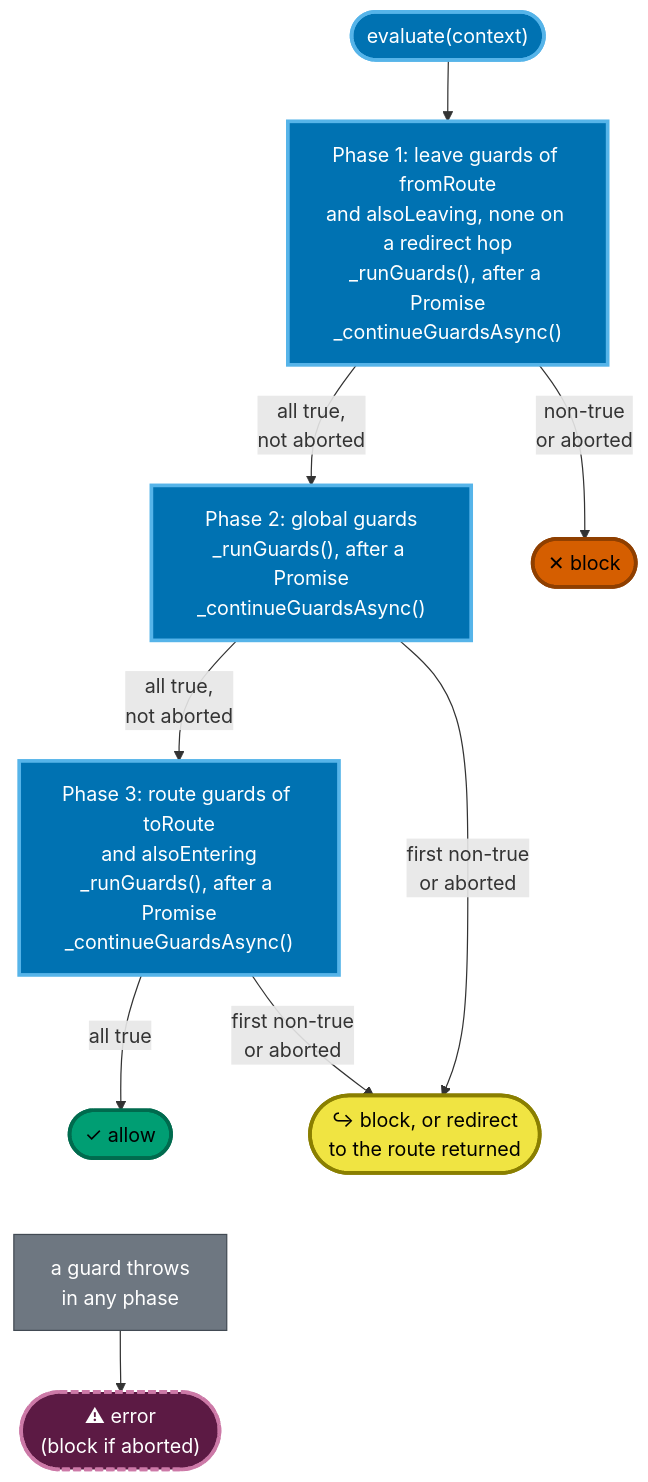
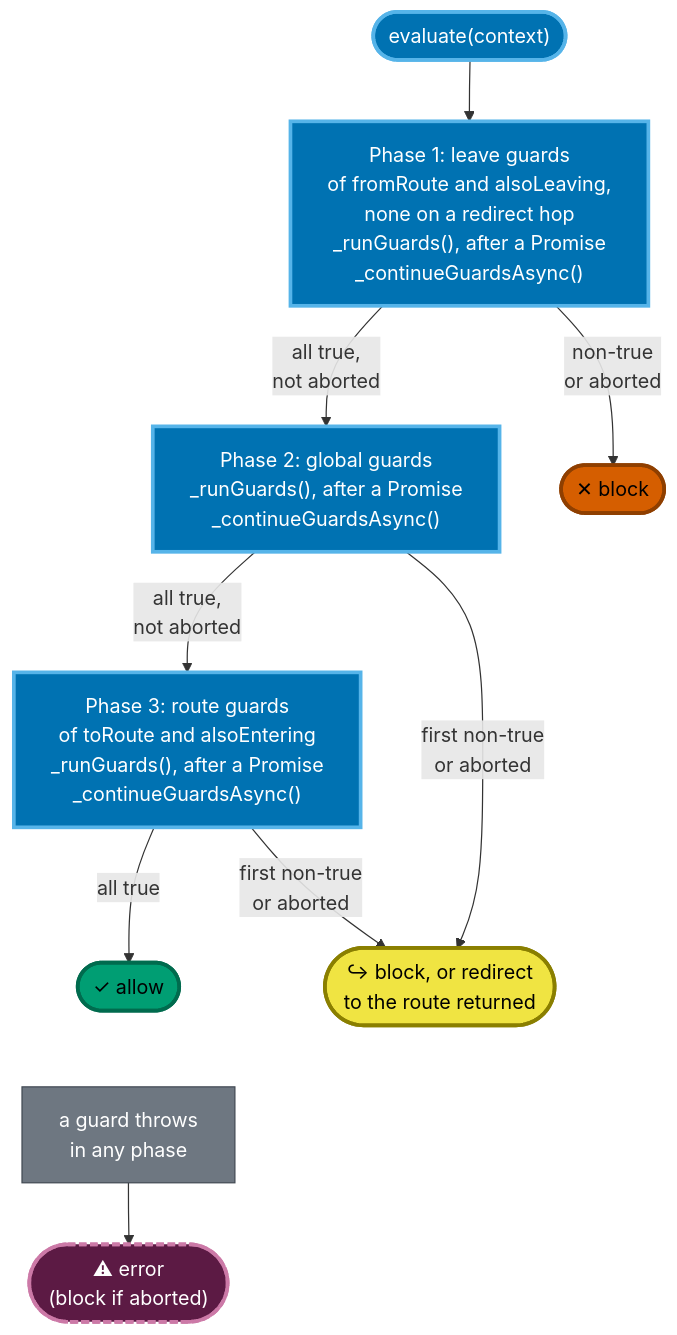
One commit to wridgeu/ui5-lib-guard-router changed the fifth of 10 diagrams in docs/reference/architecture.md. Above: the diagram before and after it, drawn with Mermaid. The commit also changed other lines of this file and 12 other files, not shown here.

````diff
--- a/docs/reference/architecture.md
+++ b/docs/reference/architecture.md
@@ -618,27 +628,32 @@
 ```mermaid
+---
+config:
+  flowchart:
+    wrappingWidth: 300
+---
 flowchart TD
-    start(["evaluate(context)"]) --> p1["Phase 1: leave guards of fromRoute<br/>and alsoLeaving, none on a redirect hop<br/>_runGuards(), after a Promise<br/>_continueGuardsAsync()"]
+    start(["evaluate(context)"]) --> p1["Phase 1: leave guards<br/>of fromRoute and alsoLeaving,<br/>none on a redirect hop<br/>_runGuards(), after a Promise<br/>_continueGuardsAsync()"]
     p1 -- "all true,<br/>not aborted" --> p2["Phase 2: global guards<br/>_runGuards(), after a Promise<br/>_continueGuardsAsync()"]
-    p2 -- "all true,<br/>not aborted" --> p3["Phase 3: route guards of toRoute<br/>and alsoEntering<br/>_runGuards(), after a Promise<br/>_continueGuardsAsync()"]
+    p2 -- "all true,<br/>not aborted" --> p3["Phase 3: route guards<br/>of toRoute and alsoEntering<br/>_runGuards(), after a Promise<br/>_continueGuardsAsync()"]
     p3 -- "all true" --> allow(["✓ allow"])
 
     p1 -- "non-true<br/>or aborted" --> block(["✕ block"])
     p2 -- "first non-true<br/>or aborted" --> result(["↪ block, or redirect<br/>to the route returned"])
     p3 -- "first non-true<br/>or aborted" --> result
 
     allow ~~~ throws["a guard throws<br/>in any phase"]
     throws --> error(["⚠ error<br/>(block if aborted)"])
 
     classDef native fill:#6e7781,stroke:#424a53,color:#ffffff
     classDef added fill:#0072B2,stroke:#56B4E9,stroke-width:3px,color:#ffffff
     classDef commit fill:#009E73,stroke:#006b4e,stroke-width:3px,color:#000000
     classDef redirect fill:#F0E442,stroke:#8a7f00,stroke-width:3px,color:#000000
     classDef block fill:#D55E00,stroke:#8f3f00,stroke-width:3px,color:#000000
     classDef error fill:#5c1a44,stroke:#CC79A7,stroke-width:3px,stroke-dasharray:6 3,color:#ffffff
     class throws native
     class start,p1,p2,p3 added
     class allow commit
     class result redirect
     class block block
     class error error
 ```
````
